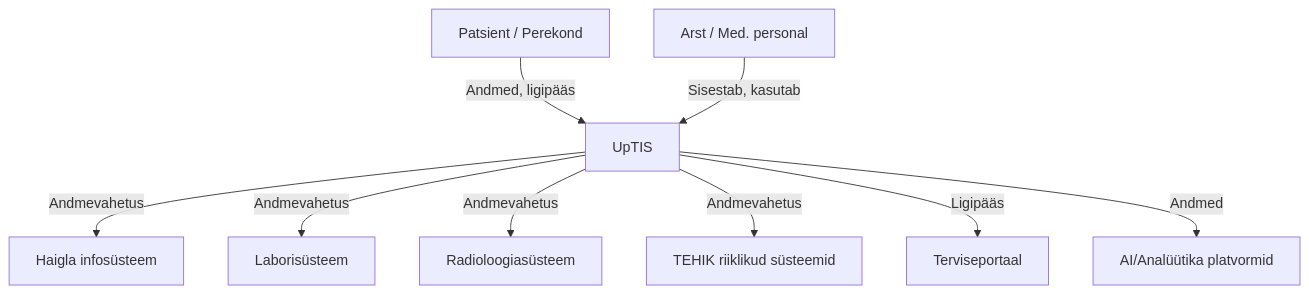
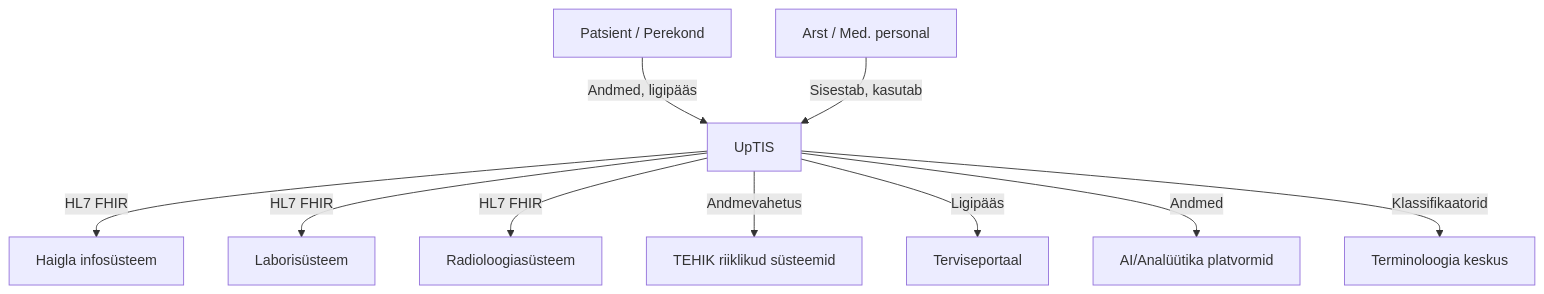
One commit to mitselek/t88otsing changed the diagram in applications/TallinnLastehaigla/intervjuu 2025-07-01/UpTIS_kokkuvõte.md. Above: the diagram before and after it, drawn with Mermaid. The commit also changed other lines of this file and 16 other files, not shown here.

````diff
--- a/applications/TallinnLastehaigla/intervjuu 2025-07-01/UpTIS_kokkuvõte.md
+++ b/applications/TallinnLastehaigla/intervjuu 2025-07-01/UpTIS_kokkuvõte.md
@@ -14,12 +59,13 @@
 ```mermaid
 graph TD
     PAT[Patsient / Perekond]   --> | Andmed, ligipääs  | UpTIS
     ARST[Arst / Med. personal] --> | Sisestab, kasutab | UpTIS
 
-    UpTIS --> | Andmevahetus | HIS[Haigla infosüsteem]
-    UpTIS --> | Andmevahetus | LIS[Laborisüsteem]
-    UpTIS --> | Andmevahetus | RIS[Radioloogiasüsteem]
+    UpTIS --> | HL7 FHIR | HIS[Haigla infosüsteem]
+    UpTIS --> | HL7 FHIR | LIS[Laborisüsteem]
+    UpTIS --> | HL7 FHIR | RIS[Radioloogiasüsteem]
     UpTIS --> | Andmevahetus | TEHIK[TEHIK riiklikud süsteemid]
     UpTIS --> | Ligipääs     | Terviseportaal
     UpTIS --> | Andmed       | AI[AI/Analüütika platvormid]
+    UpTIS --> | Klassifikaatorid | TK[Terminoloogia keskus]
 ```
````
